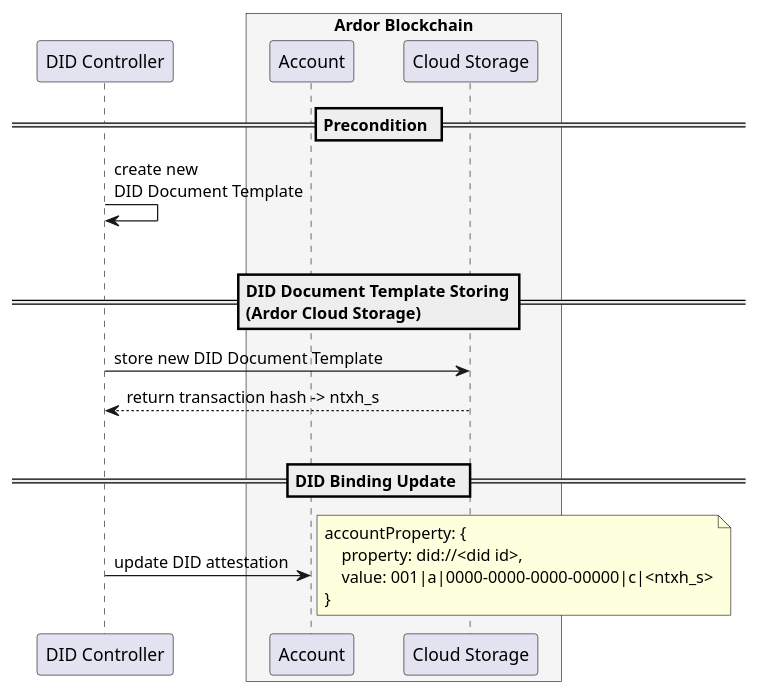
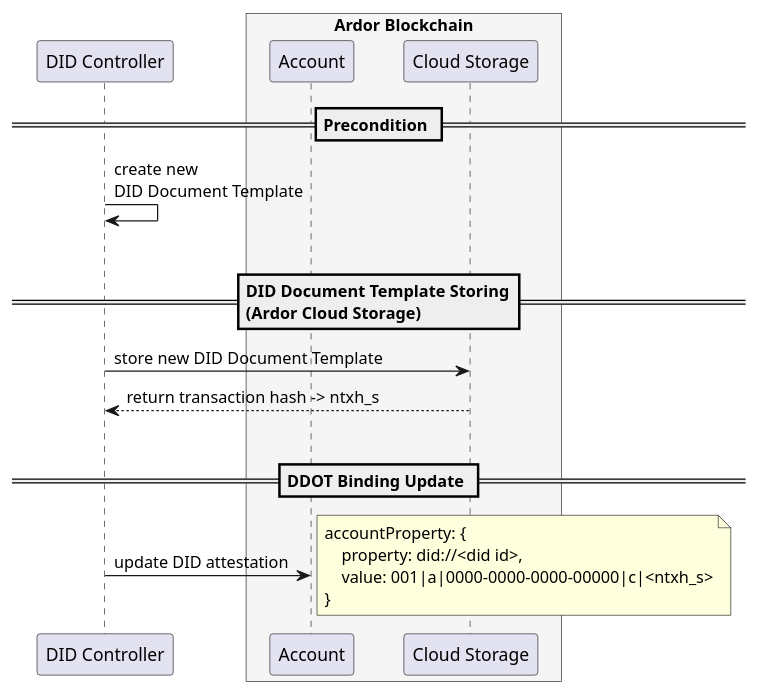
Before and after one commit to blobaa/bba-did-method-specification: the diagram in docs/plantuml/src/did-document-template-update.puml, drawn with PlantUML. The commit also changed 4 other files, not shown here.

```diff
--- a/docs/plantuml/src/did-document-template-update.puml
+++ b/docs/plantuml/src/did-document-template-update.puml
@@ -1,36 +1,36 @@
 @startuml
 skinparam BoxPadding 15
 skinparam ParticipantPadding 15
 
 
 participant "DID Controller" as DCR
 box "Ardor Blockchain" #WhiteSmoke
     participant "Account" as ATTE
     participant "Cloud Storage" as STR
 end box
 
 
 == Precondition ==
 
 DCR -> DCR: create new\nDID Document Template
 |||
 
 
 == DID Document Template Storing\n(Ardor Cloud Storage) ==
 
 DCR -> STR: store new DID Document Template
 STR --> DCR: return transaction hash -> ntxh_s
 |||
 
 
-== DID Binding Update ==
+== DDOT Binding Update ==
 
 DCR -> ATTE: update DID attestation
 note right
     accountProperty: {
         property: did://<did id>,
         value: 001|a|0000-0000-0000-00000|c|<ntxh_s>
     }
 end note
 
 @enduml
```
